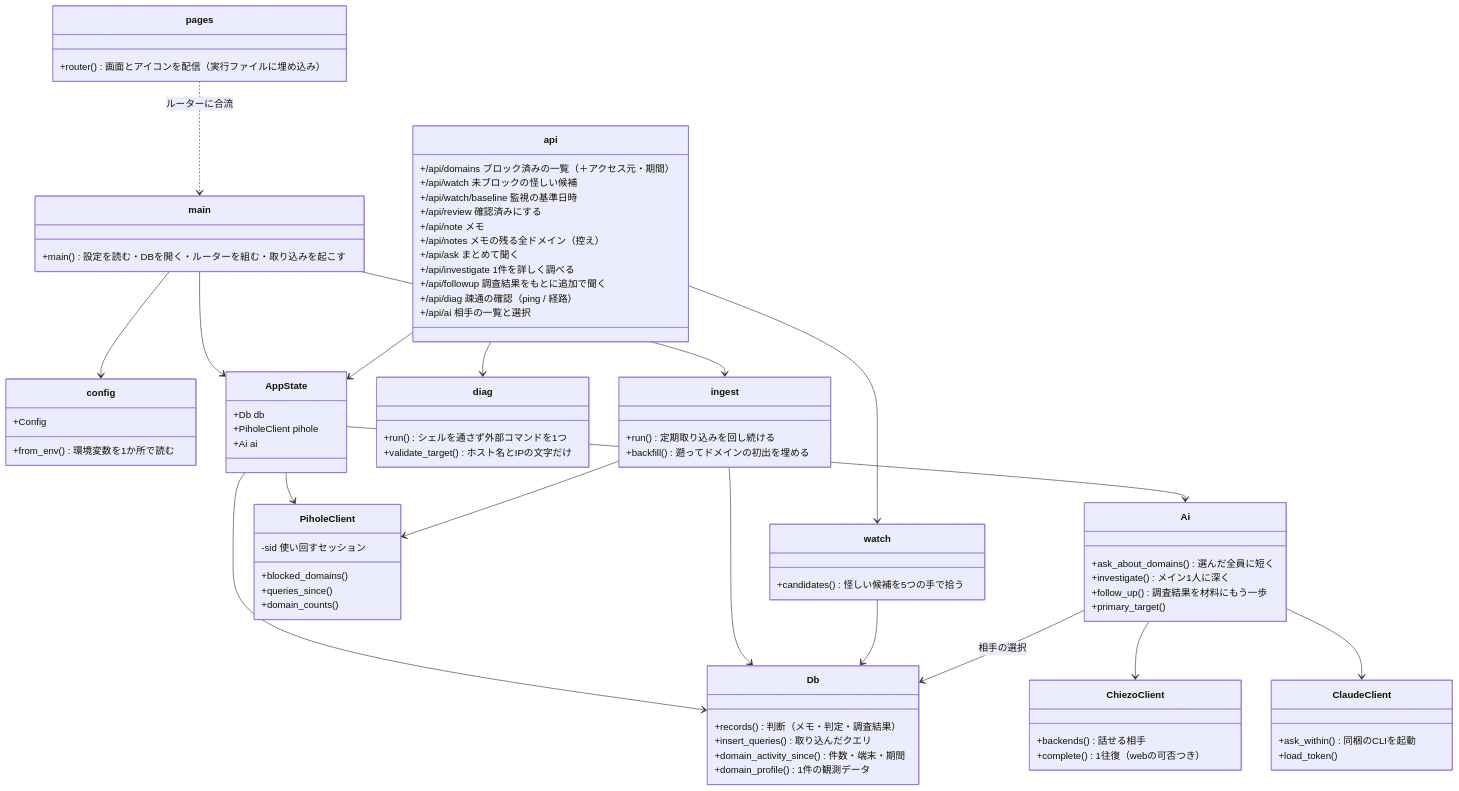
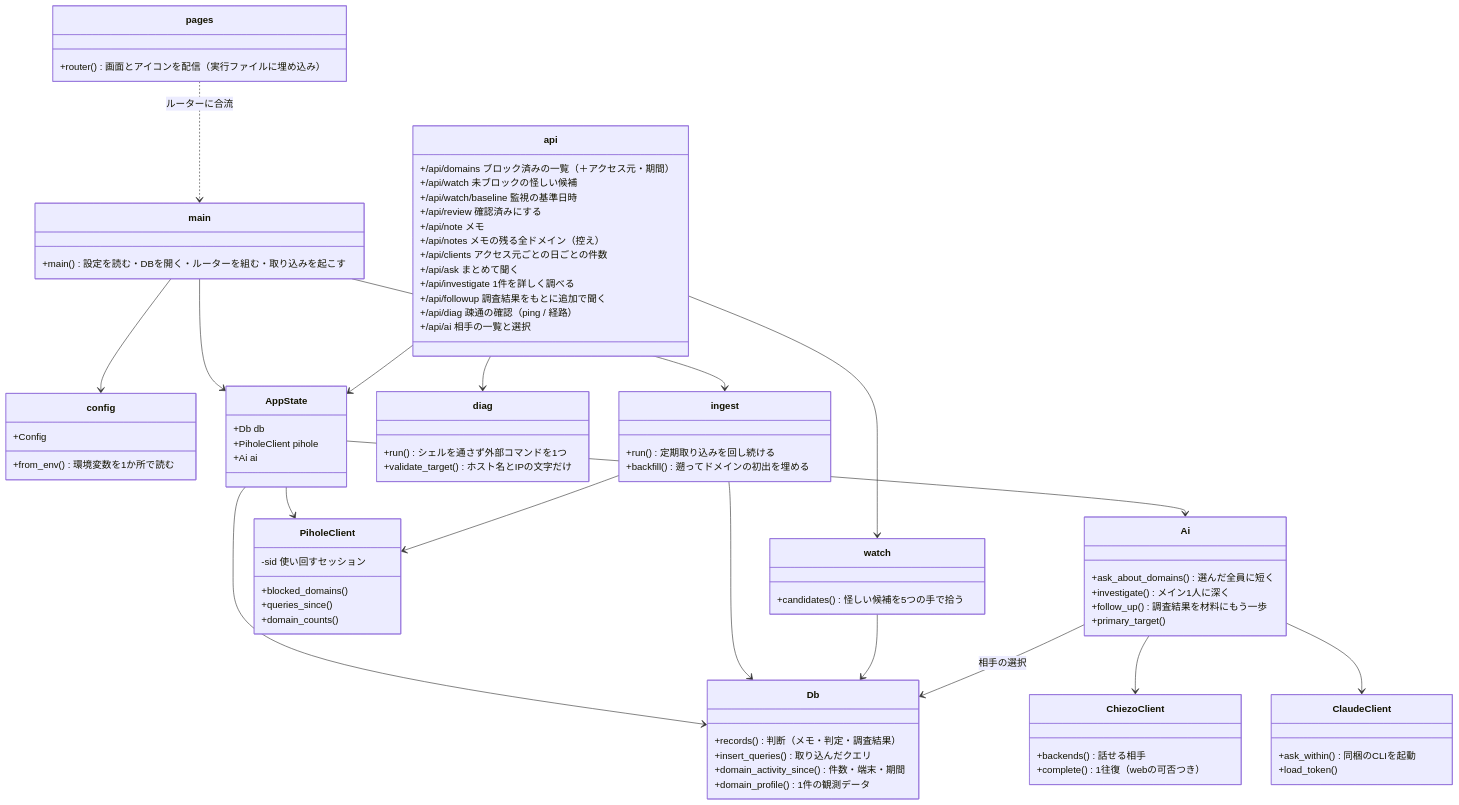
One commit to rtcode337/pihole-monitor changed the first of 6 diagrams in docs/architecture.md. Above: the diagram before and after it, drawn with Mermaid. The commit also changed 7 other files, not shown here.

```diff
--- a/docs/architecture.md
+++ b/docs/architecture.md
@@ -29,6 +29,7 @@
         +/api/review 確認済みにする
         +/api/note メモ
         +/api/notes メモの残る全ドメイン（控え）
+        +/api/clients アクセス元ごとの日ごとの件数
         +/api/ask まとめて聞く
         +/api/investigate 1件を詳しく調べる
         +/api/followup 調査結果をもとに追加で聞く
```
